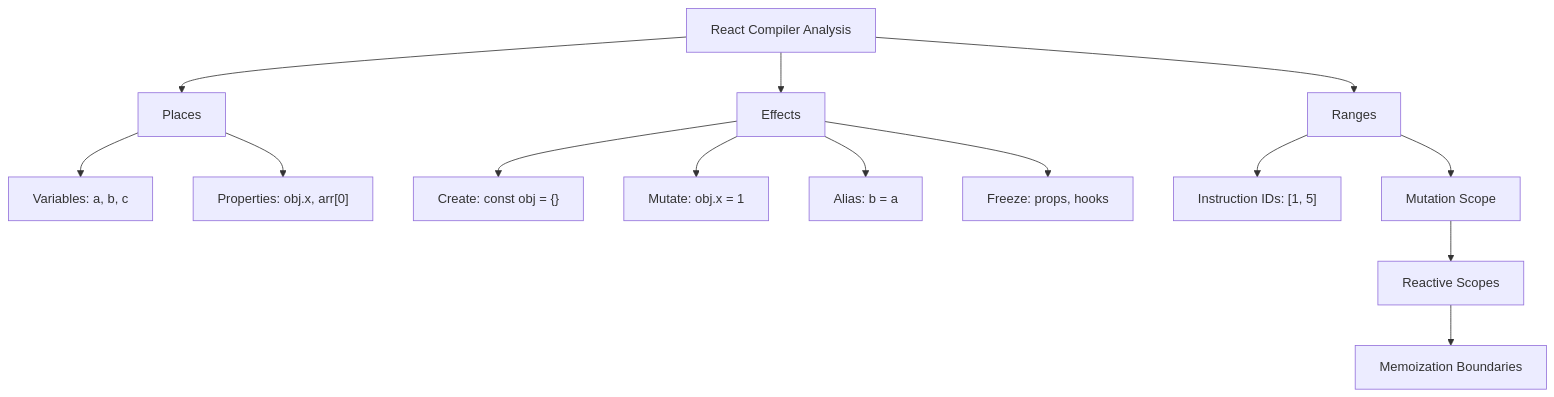
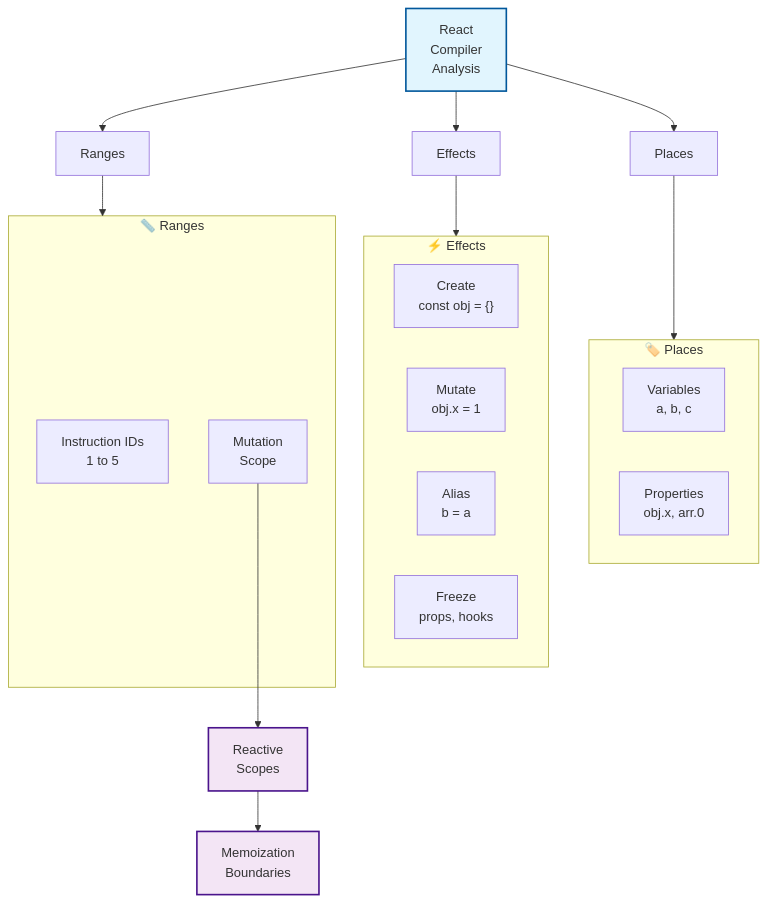
Before and after one commit to shapkarin/shapkarin.me: the first of 2 diagrams in public/api/articles/drop-react-manual-memoization.md, drawn with Mermaid. The commit also changed other lines of this file and 70 other files, not shown here.

````diff
--- a/public/api/articles/drop-react-manual-memoization.md
+++ b/public/api/articles/drop-react-manual-memoization.md
@@ -66,20 +66,36 @@
 ```mermaid
-graph TD
-    A["React Compiler Analysis"] --> B["Places"]
-    A --> C["Effects"]
-    A --> D["Ranges"]
+flowchart TD
+    A[React<br/>Compiler<br/>Analysis] --> B[Places]
+    A --> C[Effects] 
+    A --> D[Ranges]
     
-    B --> E["Variables: a, b, c"]
-    B --> F["Properties: obj.x, arr[0]"]
+    subgraph Places ["🏷️ Places"]
+        E[Variables<br/>a, b, c]
+        F["Properties<br/>obj.x, arr.0"]
+    end
     
-    C --> G["Create: const obj = {}"]
-    C --> H["Mutate: obj.x = 1"]
-    C --> I["Alias: b = a"]
-    C --> J["Freeze: props, hooks"]
+    subgraph Effects ["⚡ Effects"]
+        G["Create<br/>const obj = {}"]
+        H["Mutate<br/>obj.x = 1"]
+        I["Alias<br/>b = a"]
+        J["Freeze<br/>props, hooks"]
+    end
     
-    D --> K["Instruction IDs: [1, 5]"]
-    D --> L["Mutation Scope"]
+    subgraph Ranges ["📏 Ranges"]
+        K["Instruction IDs<br/>1 to 5"]
+        L[Mutation<br/>Scope]
+    end
     
-    L --> M["Reactive Scopes"]
-    M --> N["Memoization Boundaries"]
+    B --> Places
+    C --> Effects
+    D --> Ranges
+    
+    L --> M[Reactive<br/>Scopes]
+    M --> N[Memoization<br/>Boundaries]
+    
+    classDef concept fill:#e1f5fe,stroke:#01579b,stroke-width:2px
+    classDef output fill:#f3e5f5,stroke:#4a148c,stroke-width:2px
+    
+    class A concept
+    class M,N output
 ```
````
